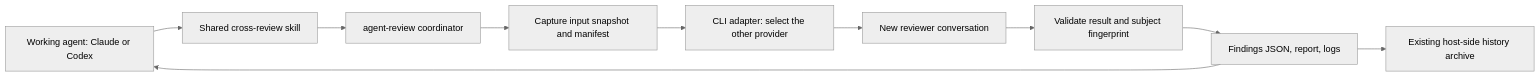
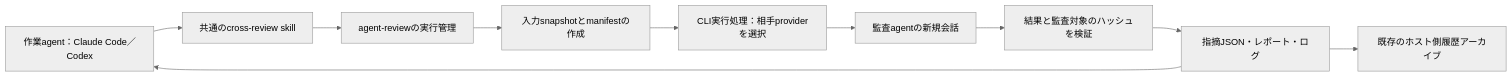
One commit to Lzh-Function/my-env changed the diagram in one-node-slurm-agents-capsule/docs/CROSS_AGENT_REVIEW_DESIGN.md. Above: the diagram before and after it, drawn with Mermaid (neutral theme). The commit also changed other lines of this file, not shown here.

Commit message:
Translate cross-agent review design into Japanese

````diff
--- a/one-node-slurm-agents-capsule/docs/CROSS_AGENT_REVIEW_DESIGN.md
+++ b/one-node-slurm-agents-capsule/docs/CROSS_AGENT_REVIEW_DESIGN.md
@@ -38,12 +24,12 @@
 ```mermaid
 flowchart LR
-    W[Working agent: Claude or Codex] --> S[Shared cross-review skill]
-    S --> R[agent-review coordinator]
-    R --> I[Capture input snapshot and manifest]
-    I --> A[CLI adapter: select the other provider]
-    A --> P[New reviewer conversation]
-    P --> V[Validate result and subject fingerprint]
-    V --> O[Findings JSON, report, logs]
+    W["作業agent：Claude Code／Codex"] --> S["共通のcross-review skill"]
+    S --> R["agent-reviewの実行管理"]
+    R --> I["入力snapshotとmanifestの作成"]
+    I --> A["CLI実行処理：相手providerを選択"]
+    A --> P["監査agentの新規会話"]
+    P --> V["結果と監査対象のハッシュを検証"]
+    V --> O["指摘JSON・レポート・ログ"]
     O --> W
-    O --> H[Existing host-side history archive]
+    O --> H["既存のホスト側履歴アーカイブ"]
 ```
````
